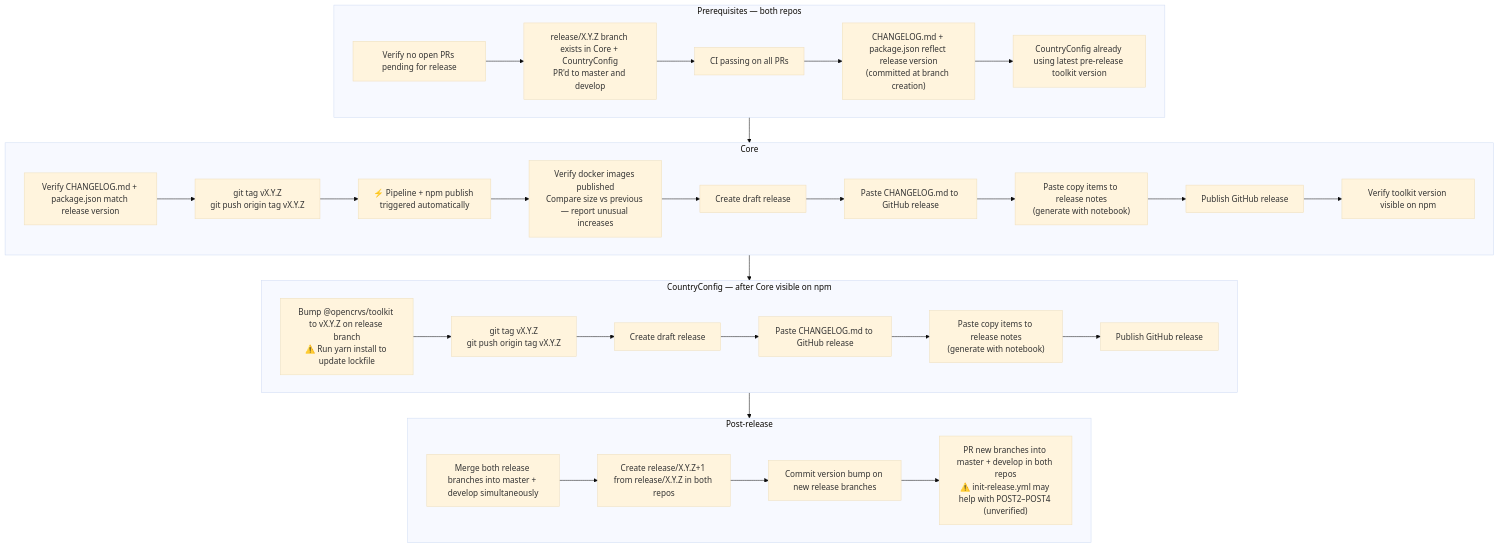
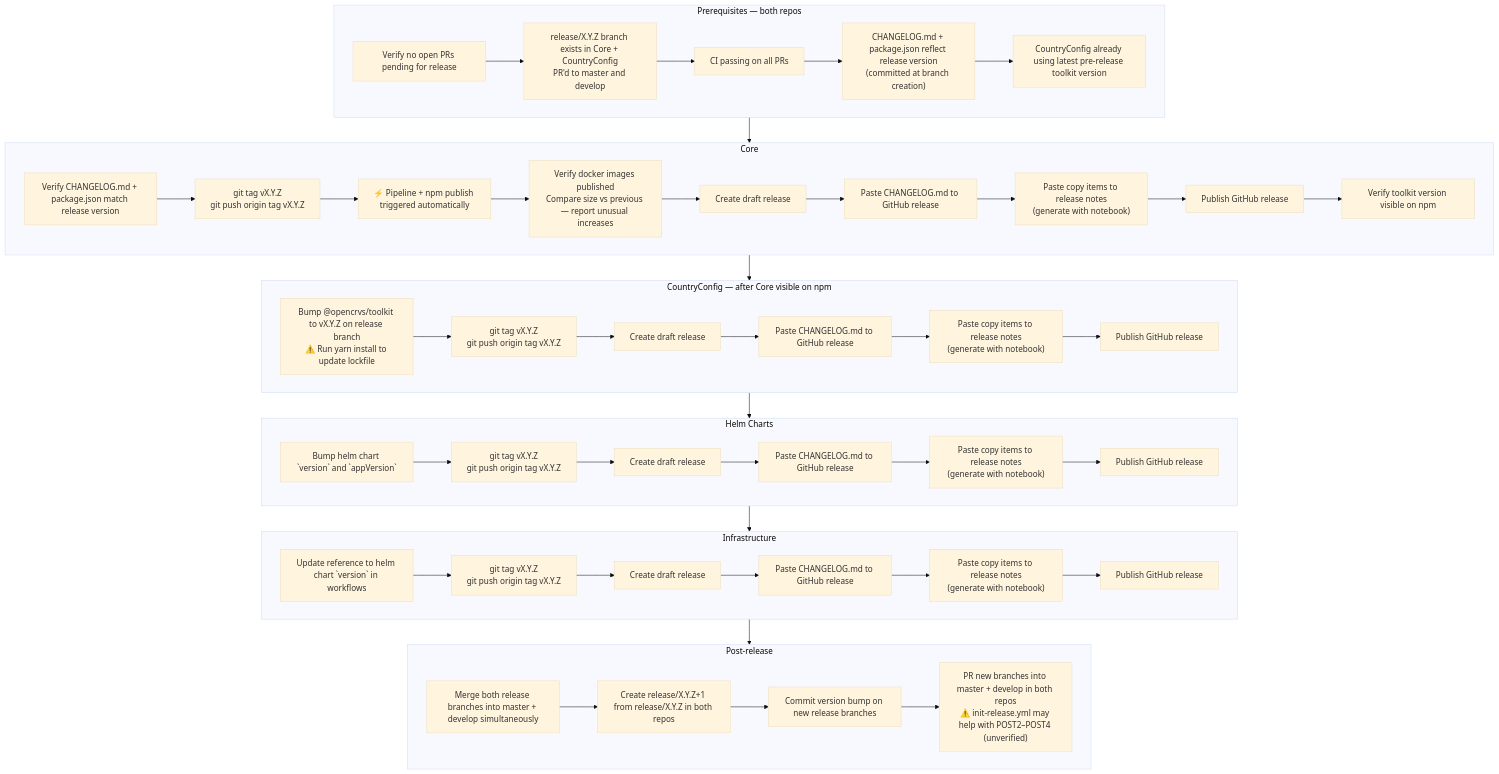
One commit to opencrvs/opencrvs-core changed the diagram in release-steps.md. Above: the diagram before and after it, drawn with Mermaid (base theme).

Commit message:
fix: Release steps

````diff
--- a/release-steps.md
+++ b/release-steps.md
@@ -3,46 +3,68 @@
 ```mermaid
 flowchart TD
     subgraph PRE["Prerequisites — both repos"]
         P1[Verify no open PRs pending for release]
         P2["release/X.Y.Z branch exists in Core + CountryConfig\nPR'd to master and develop"]
         P3[CI passing on all PRs]
         P4["CHANGELOG.md + package.json reflect release version\n(committed at branch creation)"]
         P5[CountryConfig already using latest pre-release toolkit version]
         P1 --> P2 --> P3 --> P4 --> P5
     end
 
     subgraph CORE["Core"]
         C1["Verify CHANGELOG.md + package.json match release version"]
         C2["git tag vX.Y.Z\ngit push origin tag vX.Y.Z"]
         C3["⚡ Pipeline + npm publish triggered automatically"]
         C4["Verify docker images published\nCompare size vs previous — report unusual increases"]
         C5[Create draft release]
         C6[Paste CHANGELOG.md to GitHub release]
         C7["Paste copy items to release notes\n(generate with notebook)"]
         C8[Publish GitHub release]
         C9[Verify toolkit version visible on npm]
         C1 --> C2 --> C3 --> C4 --> C5 --> C6 --> C7 --> C8 --> C9
     end
 
     subgraph CC["CountryConfig — after Core visible on npm"]
         CC1["Bump @opencrvs/toolkit to vX.Y.Z on release branch\n⚠️ Run yarn install to update lockfile"]
         CC2["git tag vX.Y.Z\ngit push origin tag vX.Y.Z"]
         CC3[Create draft release]
         CC4[Paste CHANGELOG.md to GitHub release]
         CC5["Paste copy items to release notes\n(generate with notebook)"]
         CC6[Publish GitHub release]
         CC1 --> CC2 --> CC3 --> CC4 --> CC5 --> CC6
     end
 
+    subgraph HC["Helm Charts"]
+        HC1["Bump helm chart `version` and `appVersion`"]
+        HC2["git tag vX.Y.Z\ngit push origin tag vX.Y.Z"]
+        HC3[Create draft release]
+        HC4[Paste CHANGELOG.md to GitHub release]
+        HC5["Paste copy items to release notes\n(generate with notebook)"]
+        HC6[Publish GitHub release]
+        HC1 --> HC2 --> HC3 --> HC4 --> HC5 --> HC6
+    end
+
+    subgraph IF["Infrastructure"]
+        IF1["Update reference to helm chart `version` in workflows"]
+        IF2["git tag vX.Y.Z\ngit push origin tag vX.Y.Z"]
+        IF3[Create draft release]
+        IF4[Paste CHANGELOG.md to GitHub release]
+        IF5["Paste copy items to release notes\n(generate with notebook)"]
+        IF6[Publish GitHub release]
+        IF1 --> IF2 --> IF3 --> IF4 --> IF5 --> IF6
+    end
+
     subgraph POST["Post-release"]
         POST1[Merge both release branches into master + develop simultaneously]
         POST2["Create release/X.Y.Z+1 from release/X.Y.Z in both repos"]
         POST3["Commit version bump on new release branches"]
         POST4["PR new branches into master + develop in both repos\n⚠️ init-release.yml may help with POST2–POST4 (unverified)"]
         POST1 --> POST2 --> POST3 --> POST4
     end
 
     PRE --> CORE
     CORE --> CC
-    CC --> POST
+    CC --> HC
+    HC --> IF
+    IF --> POST
 ```
````
